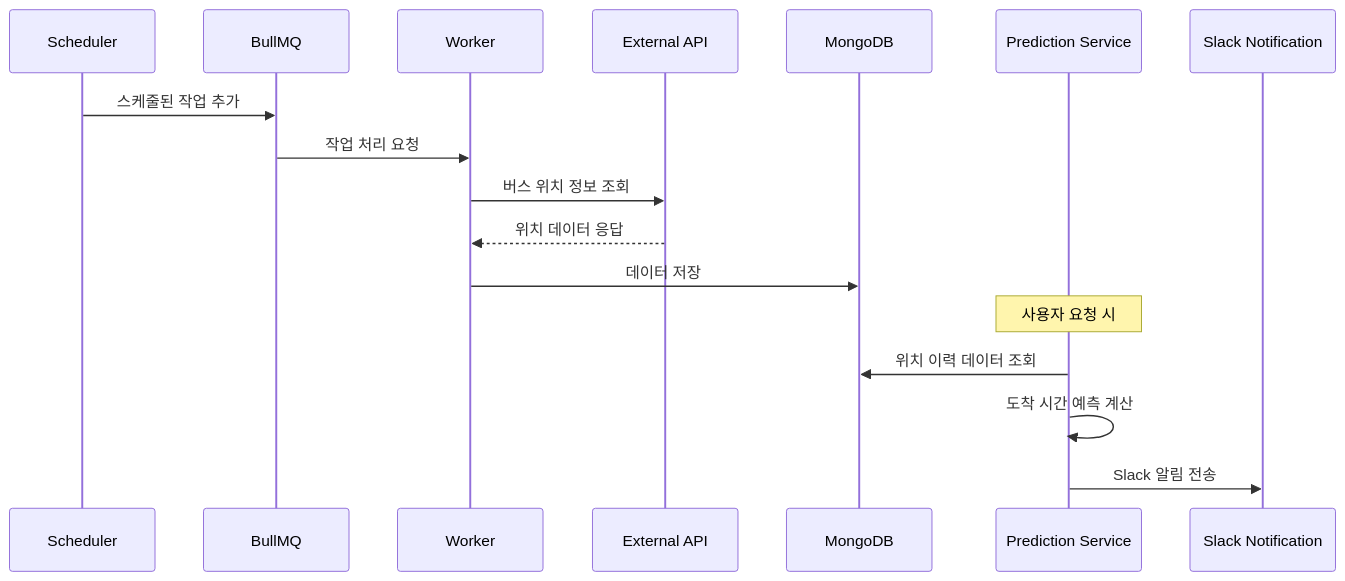
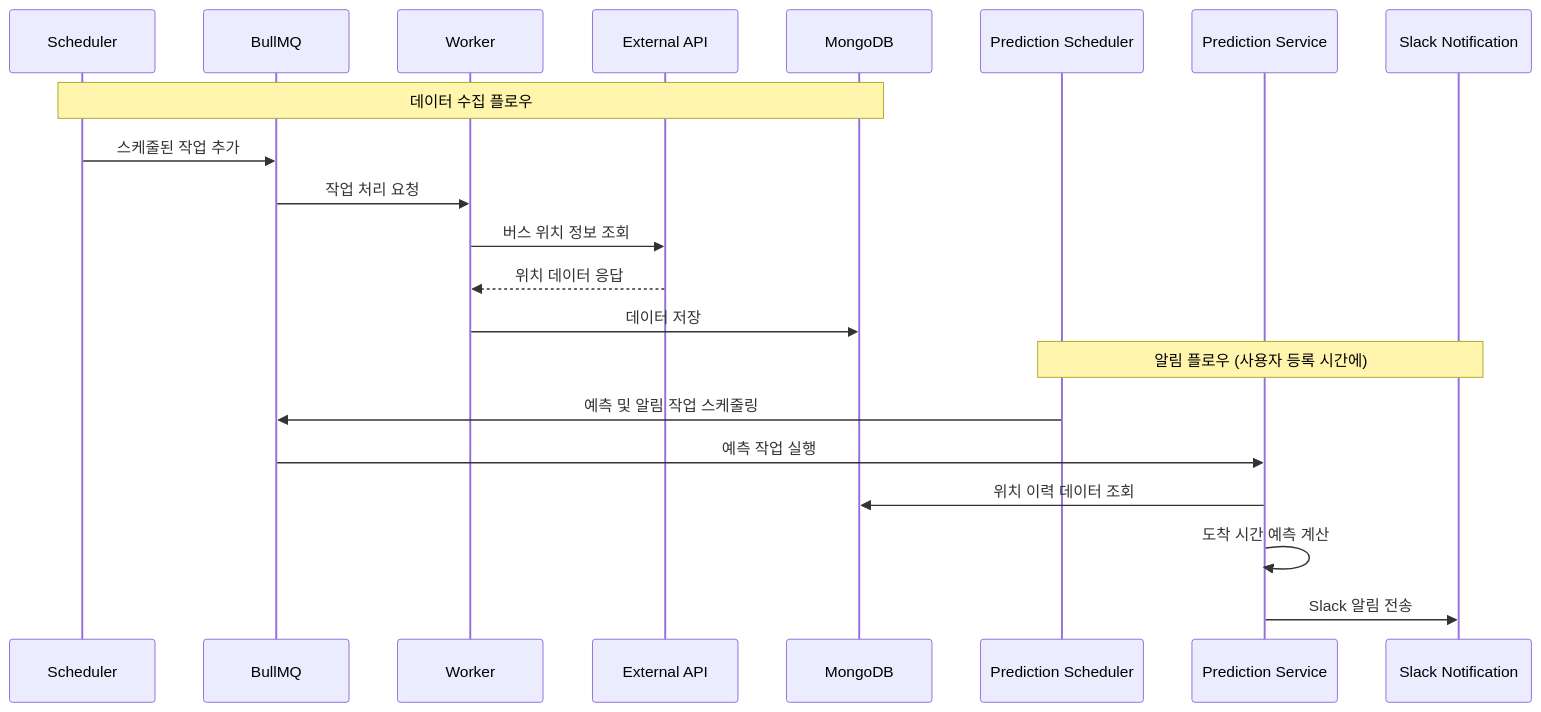
Before and after one commit to dev-jiemu/stop-line-monitor: the second of 2 diagrams in README.md, drawn with Mermaid.

````diff
--- a/README.md
+++ b/README.md
@@ -167,21 +167,25 @@
 ```mermaid
 sequenceDiagram
     participant S as Scheduler
     participant Q as BullMQ
     participant W as Worker
     participant A as External API
     participant D as MongoDB
+    participant PS as Prediction Scheduler
     participant P as Prediction Service
     participant N as Slack Notification
 
+    Note over S,D: 데이터 수집 플로우
     S->>Q: 스케줄된 작업 추가
     Q->>W: 작업 처리 요청
     W->>A: 버스 위치 정보 조회
     A-->>W: 위치 데이터 응답
     W->>D: 데이터 저장
     
-    Note over P: 사용자 요청 시
+    Note over PS,N: 알림 플로우 (사용자 등록 시간에)
+    PS->>Q: 예측 및 알림 작업 스케줄링
+    Q->>P: 예측 작업 실행
     P->>D: 위치 이력 데이터 조회
     P->>P: 도착 시간 예측 계산
     P->>N: Slack 알림 전송
 ```
````
